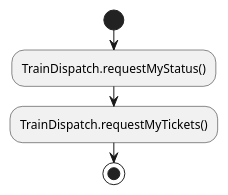
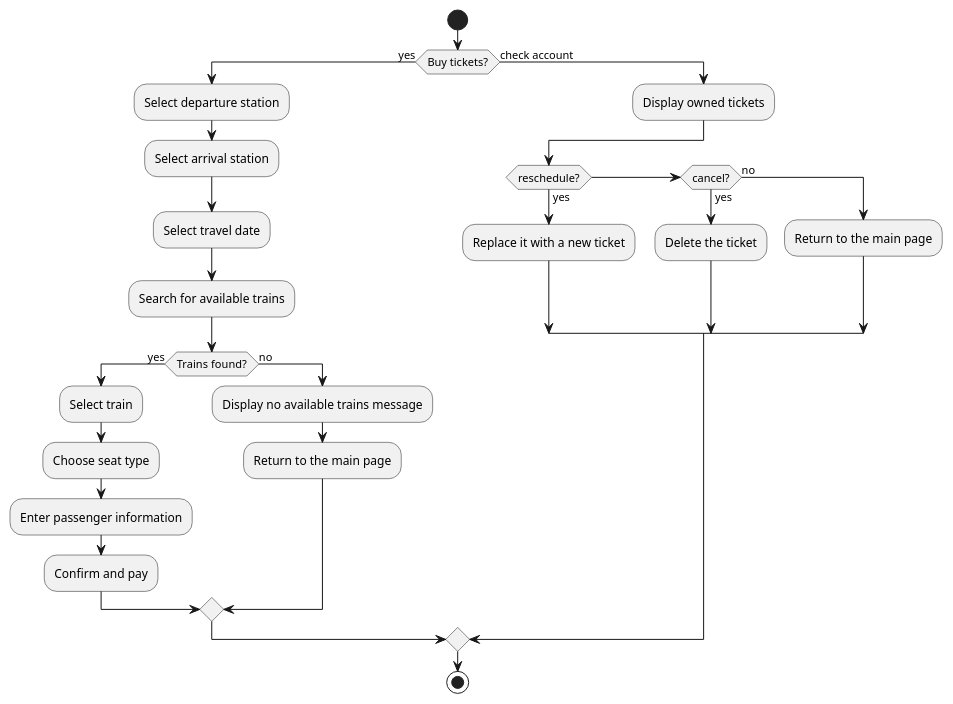
The diagram in docs/UML/userAct.puml (arnoliudaxia/CS132-12306), drawn with PlantUML before and after one commit. The commit also changed 1 other file, not shown here.

Commit message:
activity_diagram

```diff
--- a/docs/UML/userAct.puml
+++ b/docs/UML/userAct.puml
@@ -1,39 +1,31 @@
 @startuml
-'https://plantuml.com/activity-diagram-beta
 
 start
-:TrainDispatch.requestMyStatus();
-:TrainDispatch.requestMyTickets();
-
-
-'if (Page.onSecurityCheck) then (true)
-'  :Page.onInit();
-'  if (isForward?) then (no)
-'    :Process controls;
-'    if (continue processing?) then (no)
-'      stop
-'    endif
-'
-'    if (isPost?) then (yes)
-'      :Page.onPost();
-'    else (no)
-'      :Page.onGet();
-'    endif
-'    :Page.onRender();
-'  endif
-'else (false)
-'endif
-'
-'if (do redirect?) then (yes)
-'  :redirect process;
-'else
-'  if (do forward?) then (yes)
-'    :Forward request;
-'  else (no)
-'    :Render page template;
-'  endif
-'endif
+if (Buy tickets?) then (yes)
+  :Select departure station;
+  :Select arrival station;
+  :Select travel date;
+  :Search for available trains;
+  if (Trains found?) then (yes)
+    :Select train;
+    :Choose seat type;
+    :Enter passenger information;
+    :Confirm and pay;
+  else (no)
+    :Display no available trains message;
+    :Return to the main page;
+  endif
+else (check account)
+  :Display owned tickets;
+  if (reschedule?) then (yes)
+    :Replace it with a new ticket;
+  elseif (cancel?) then (yes)
+    :Delete the ticket;
+  else (no)
+    :Return to the main page;
+  endif
+endif
 
 stop
 
 @enduml
```
